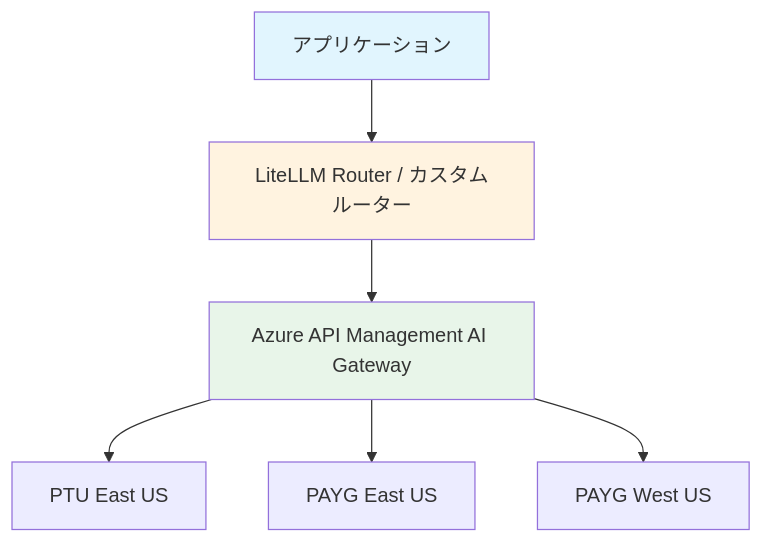
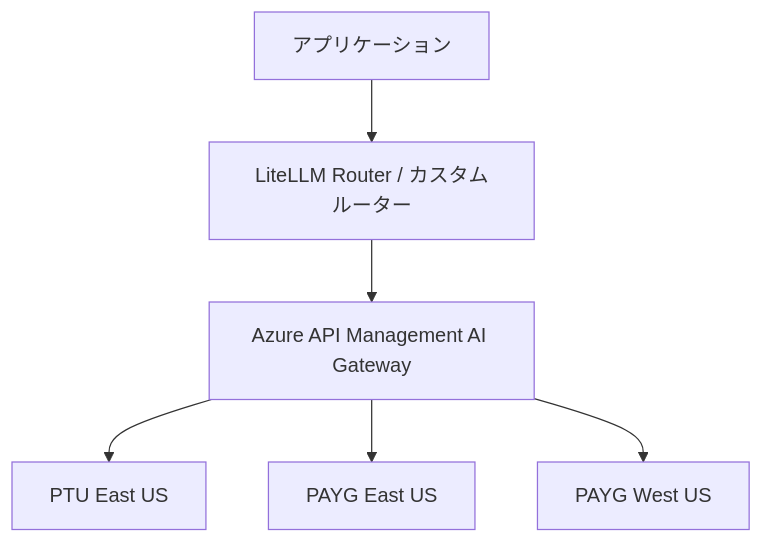
Before and after one commit to 0h-n0/zenn-contents: the diagram in articles/62b9e7b77762c8.md, drawn with Mermaid. The commit also changed 13 other files, not shown here.

First line of the commit message:
fix: Mermaidダイアグラムのカスタムスタイル(fill/stroke/color)を削除

````diff
--- a/articles/62b9e7b77762c8.md
+++ b/articles/62b9e7b77762c8.md
@@ -500,12 +500,9 @@
 ```mermaid
 graph TD
     A[アプリケーション] --> B[LiteLLM Router / カスタムルーター]
     B --> C[Azure API Management AI Gateway]
     C --> D1[PTU East US]
     C --> D2[PAYG East US]
     C --> D3[PAYG West US]
 
-    style A fill:#e1f5fe
-    style B fill:#fff3e0
-    style C fill:#e8f5e9
 ```
````
